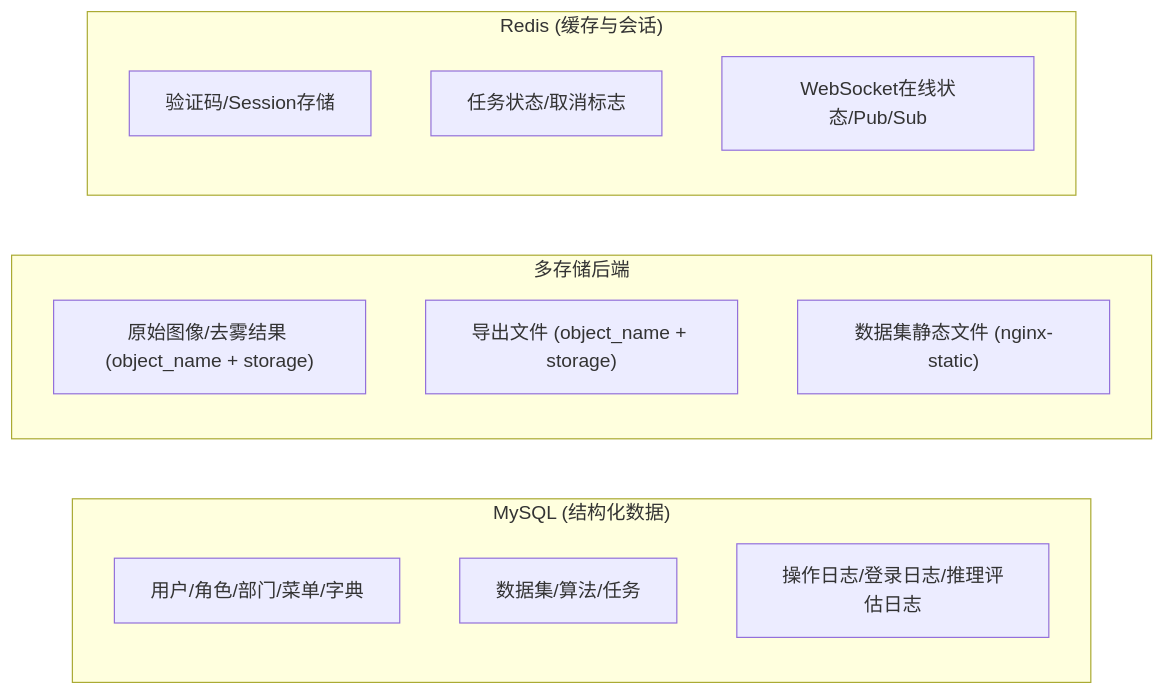
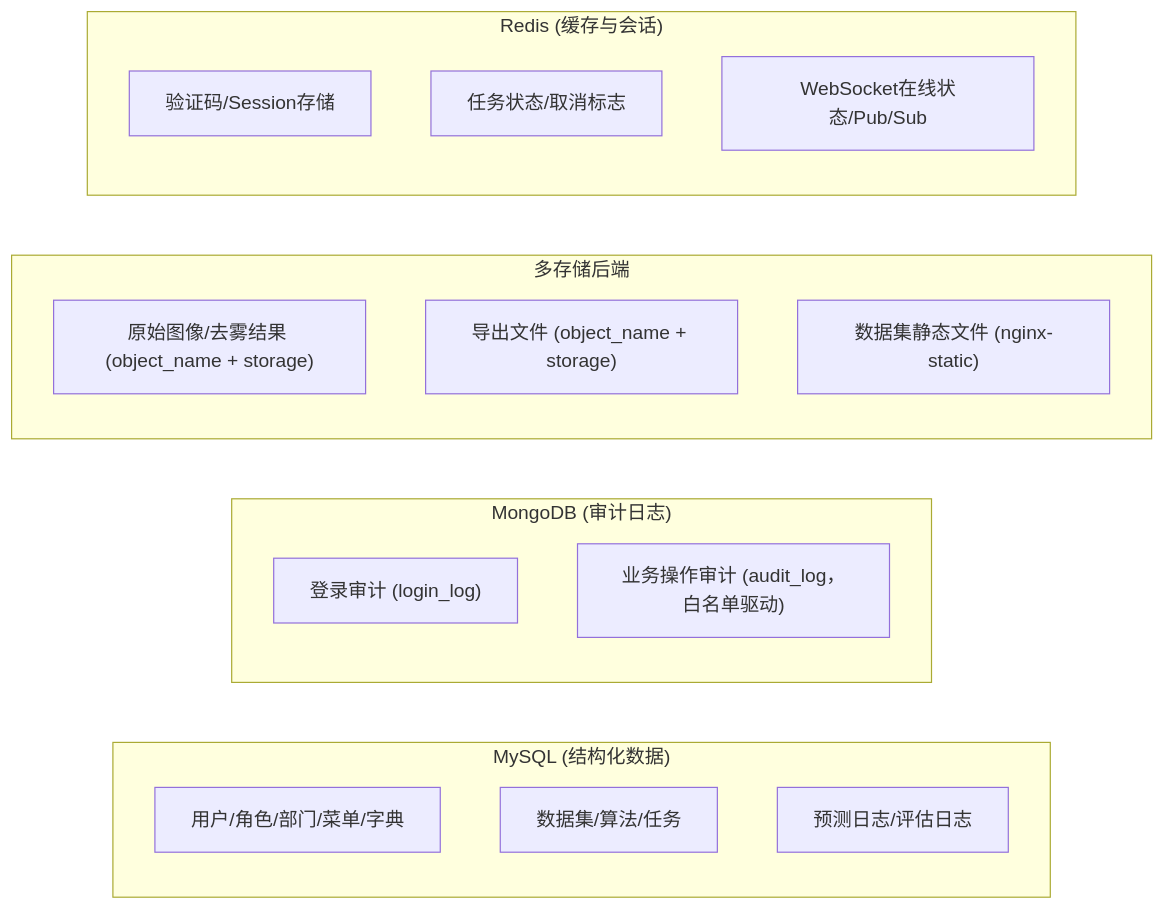
The seventh of 10 diagrams in dehaze-doc/docs/04-项目实现/后端/03-Python算法服务架构文档.md (earthy-zinc/dehaze-system), drawn with Mermaid before and after one commit. The commit also changed other lines of this file and 24 other files, not shown here.

First line of the commit message:
docs: add and update multiple architecture documents

````diff
--- a/dehaze-doc/docs/04-项目实现/后端/03-Python算法服务架构文档.md
+++ b/dehaze-doc/docs/04-项目实现/后端/03-Python算法服务架构文档.md
@@ -330,20 +339,25 @@
 ```mermaid
 flowchart LR
     subgraph Relational["MySQL (结构化数据)"]
         User["用户/角色/部门/菜单/字典"]
         Business["数据集/算法/任务"]
-        Log["操作日志/登录日志/推理评估日志"]
+        PredEvalLog["预测日志/评估日志"]
+    end
+
+    subgraph Document["MongoDB (审计日志)"]
+        LoginLog["登录审计 (login_log)"]
+        AuditLog["业务操作审计 (audit_log，白名单驱动)"]
     end
 
     subgraph Object["多存储后端"]
         Image["原始图像/去雾结果 (object_name + storage)"]
         Export["导出文件 (object_name + storage)"]
         Dataset["数据集静态文件 (nginx-static)"]
     end
 
     subgraph Cache["Redis (缓存与会话)"]
         Session["验证码/Session存储"]
         Task["任务状态/取消标志"]
         WS["WebSocket在线状态/Pub/Sub"]
     end
 ```
````
